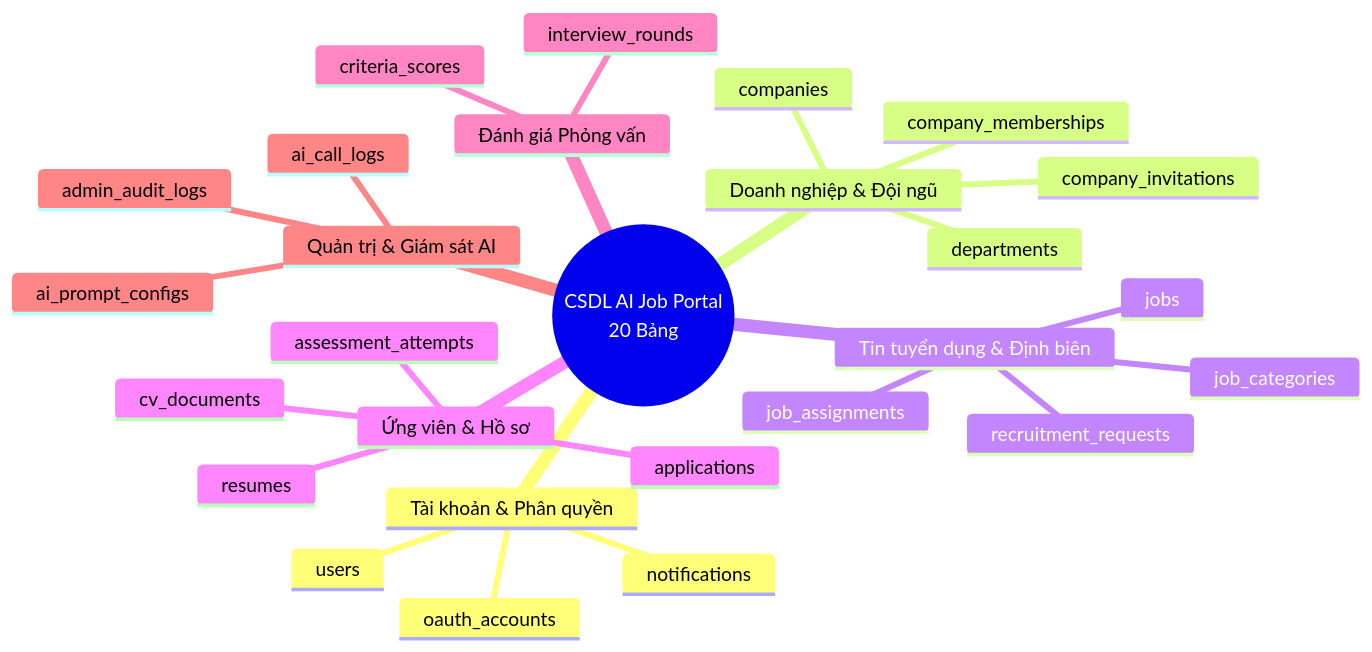
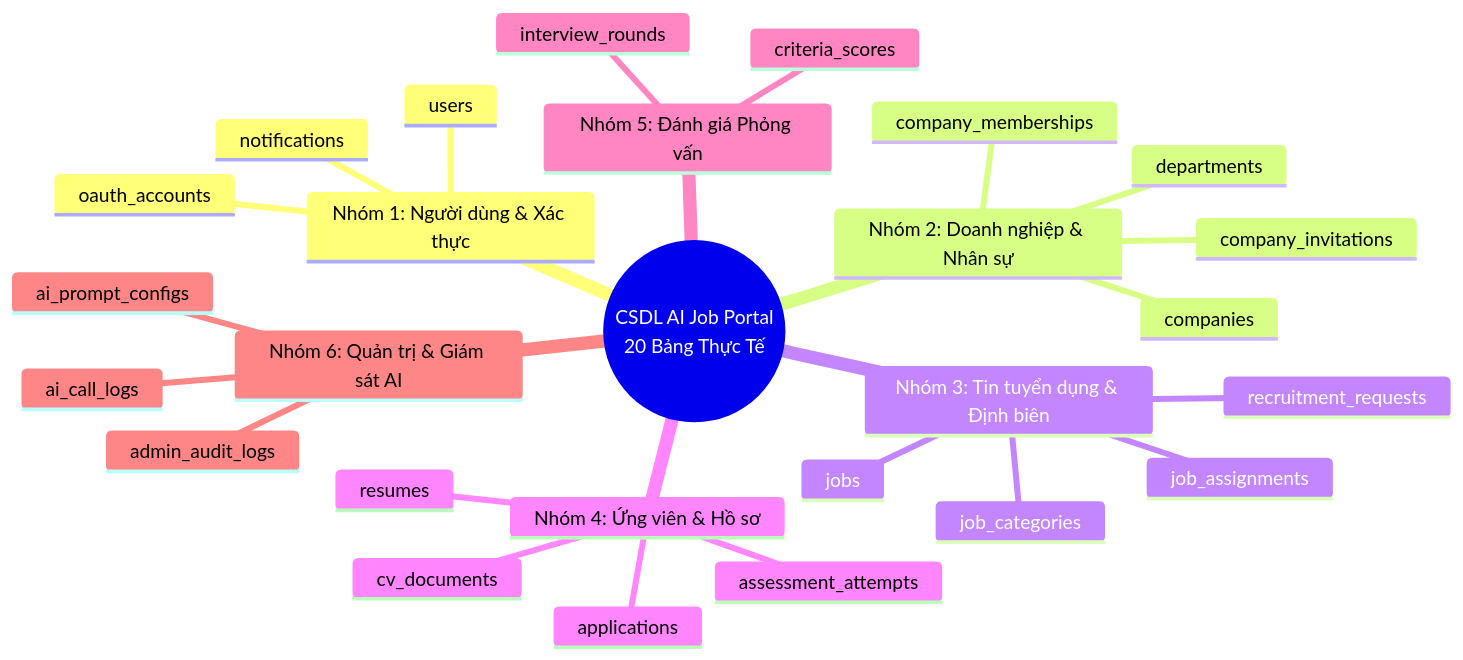
One commit to imvoka3701/AI-job-portal changed the first of 2 diagrams in docs/database_design.md. Above: the diagram before and after it, drawn with Mermaid. The commit also changed other lines of this file and 3 other files, not shown here.

````diff
--- a/docs/database_design.md
+++ b/docs/database_design.md
@@ -15,30 +15,30 @@
 ```mermaid
 mindmap
-  root((CSDL AI Job Portal<br/>20 Bảng))
-    Tài khoản & Phân quyền
+  root((CSDL AI Job Portal<br/>20 Bảng Thực Tế))
+    Nhóm 1: Người dùng & Xác thực
       users
       oauth_accounts
       notifications
-    Doanh nghiệp & Đội ngũ
+    Nhóm 2: Doanh nghiệp & Nhân sự
       companies
       departments
       company_memberships
       company_invitations
-    Tin tuyển dụng & Định biên
+    Nhóm 3: Tin tuyển dụng & Định biên
       job_categories
       jobs
       job_assignments
       recruitment_requests
-    Ứng viên & Hồ sơ
+    Nhóm 4: Ứng viên & Hồ sơ
       resumes
       cv_documents
       applications
       assessment_attempts
-    Đánh giá Phỏng vấn
+    Nhóm 5: Đánh giá Phỏng vấn
       interview_rounds
       criteria_scores
-    Quản trị & Giám sát AI
+    Nhóm 6: Quản trị & Giám sát AI
       ai_call_logs
       ai_prompt_configs
       admin_audit_logs
 ```
````
